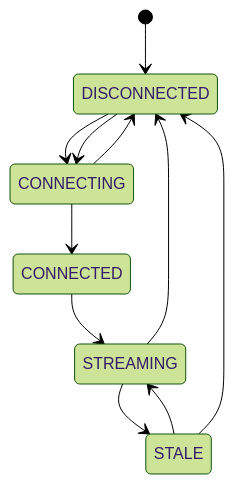
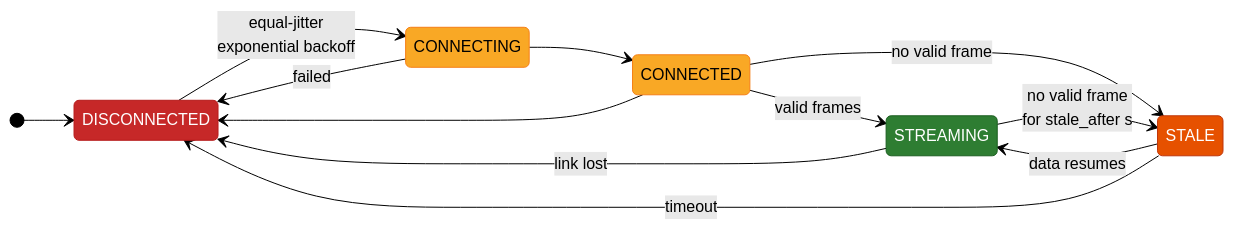
Before and after one commit to siddhaantxsingh/Mesp_platform: the ninth of 13 diagrams in README.md, drawn with Mermaid (forest theme). The commit also changed other lines of this file, not shown here.

````diff
--- a/README.md
+++ b/README.md
@@ -417,13 +314,24 @@
-``` mermaid
+```mermaid
 stateDiagram-v2
+    direction LR
     [*] --> DISCONNECTED
-    DISCONNECTED --> CONNECTING
+    DISCONNECTED --> CONNECTING: equal-jitter<br/>exponential backoff
     CONNECTING --> CONNECTED
-    CONNECTED --> STREAMING
-    STREAMING --> STALE
-    STALE --> STREAMING
-    STREAMING --> DISCONNECTED
-    STALE --> DISCONNECTED
-    CONNECTING --> DISCONNECTED
-    DISCONNECTED --> CONNECTING
+    CONNECTING --> DISCONNECTED: failed
+    CONNECTED --> STREAMING: valid frames
+    CONNECTED --> STALE: no valid frame
+    CONNECTED --> DISCONNECTED
+    STREAMING --> STALE: no valid frame<br/>for stale_after s
+    STALE --> STREAMING: data resumes
+    STREAMING --> DISCONNECTED: link lost
+    STALE --> DISCONNECTED: timeout
+
+    classDef off fill:#C62828,stroke:#B71C1C,color:#fff
+    classDef mid fill:#F9A825,stroke:#F57F17,color:#000
+    classDef on fill:#2E7D32,stroke:#1B5E20,color:#fff
+    classDef stale fill:#E65100,stroke:#BF360C,color:#fff
+    class DISCONNECTED off
+    class CONNECTING,CONNECTED mid
+    class STREAMING on
+    class STALE stale
 ```
````
